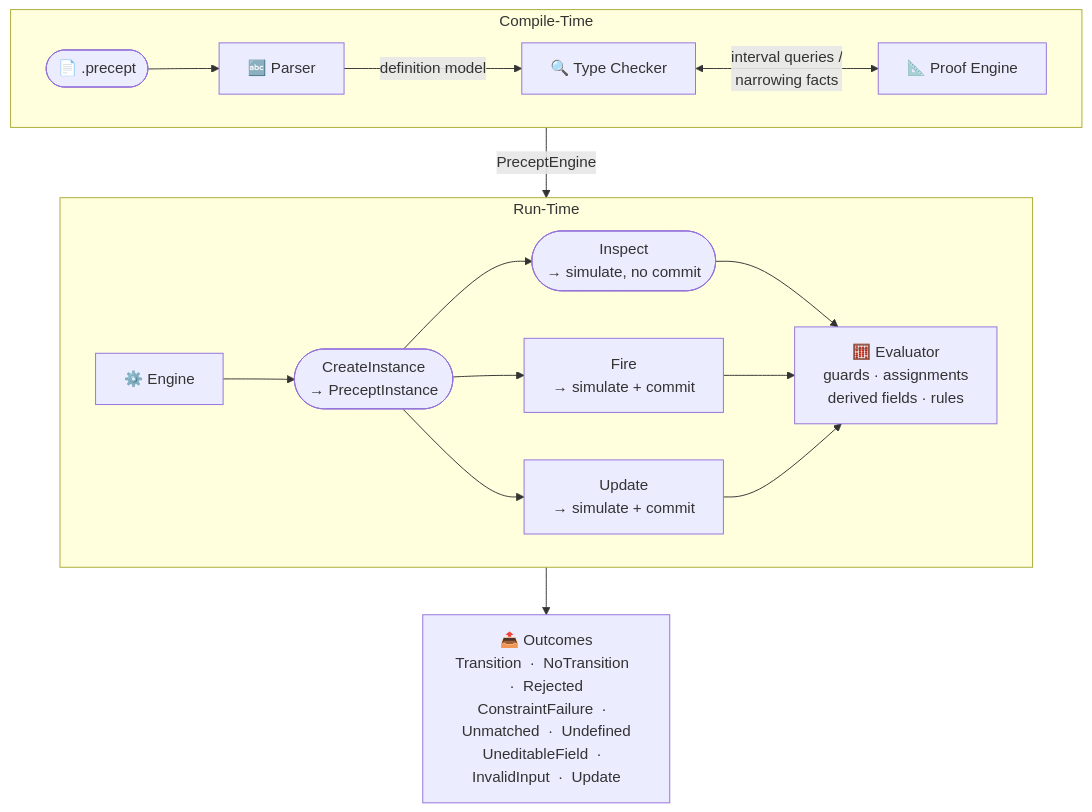
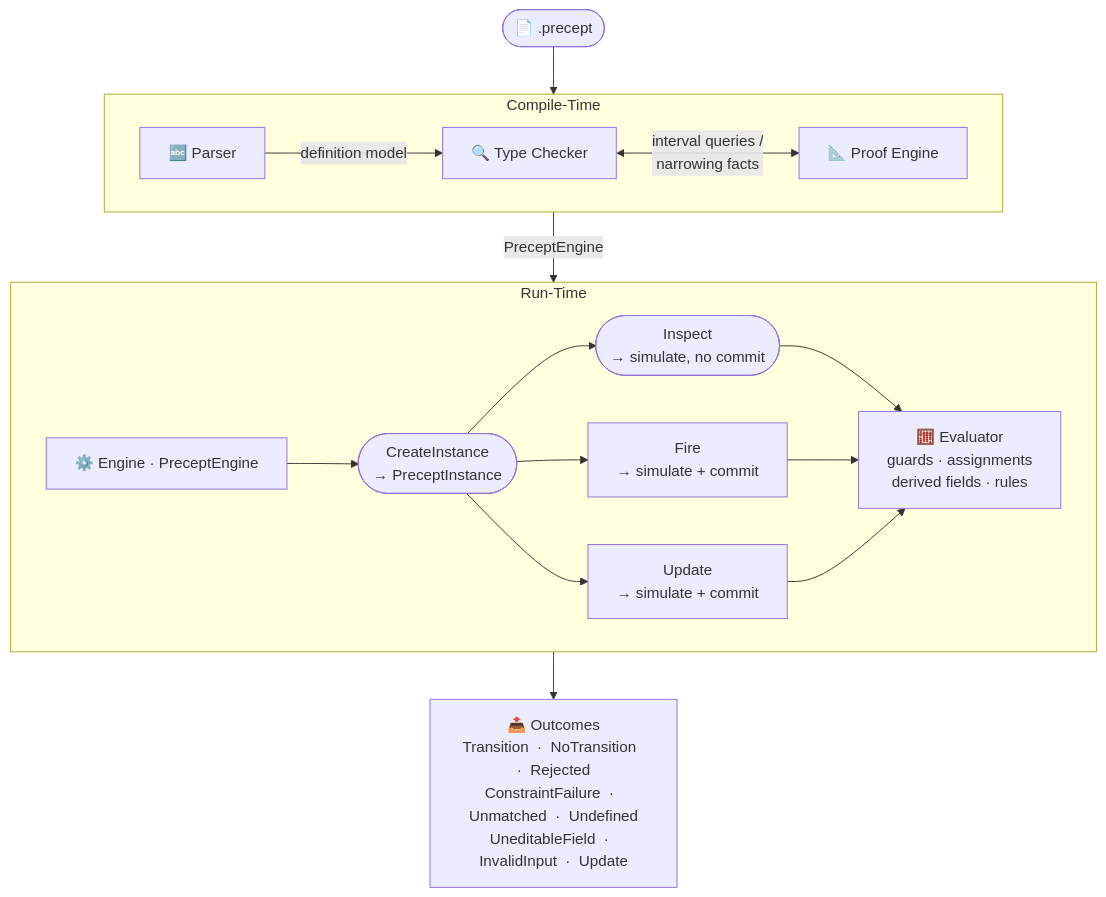
The diagram in docs/ArchitectureDesign.md (sfalik/Precept), drawn with Mermaid before and after one commit.

Commit message:
docs: src outside CT, chain via subgraph edges src->CT->RT->OUT

````diff
--- a/docs/ArchitectureDesign.md
+++ b/docs/ArchitectureDesign.md
@@ -21,30 +21,33 @@
 ```mermaid
 flowchart TD
+    src(["📄 .precept"])
+
     subgraph CT["Compile-Time"]
         direction LR
-        src(["📄 .precept"]) --> P["🔤 Parser"] -->|definition model| TC["🔍 Type Checker"]
+        P["🔤 Parser"] -->|definition model| TC["🔍 Type Checker"]
         TC <-->|interval queries /\nnarrowing facts| PE["📐 Proof Engine"]
     end
 
     subgraph RT["Run-Time"]
         direction LR
-        ENG["⚙️ Engine"]
+        ENG["⚙️ Engine  ·  PreceptEngine"]
         I1(["CreateInstance\n→ PreceptInstance"])
         I2(["Inspect\n→ simulate, no commit"])
         FIRE["Fire\n→ simulate + commit"]
         UPD["Update\n→ simulate + commit"]
         EVAL["🧮 Evaluator\nguards · assignments\nderived fields · rules"]
         ENG --> I1
         I1 --> I2
         I1 --> FIRE
         I1 --> UPD
         I2 --> EVAL
         FIRE --> EVAL
         UPD --> EVAL
     end
 
     OUT["📤 Outcomes\nTransition  ·  NoTransition  ·  Rejected\nConstraintFailure  ·  Unmatched  ·  Undefined\nUneditableField  ·  InvalidInput  ·  Update"]
 
+    src --> CT
     CT -->|PreceptEngine| RT
     EVAL --> OUT
 ```
````
